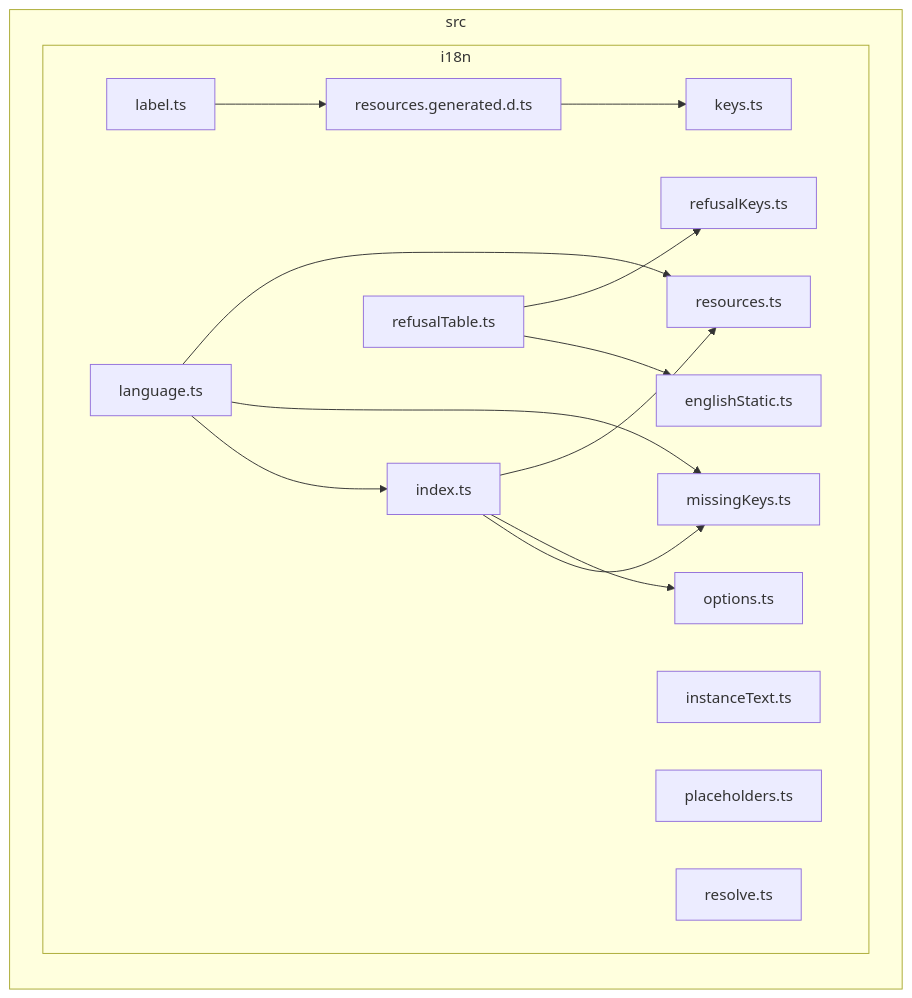
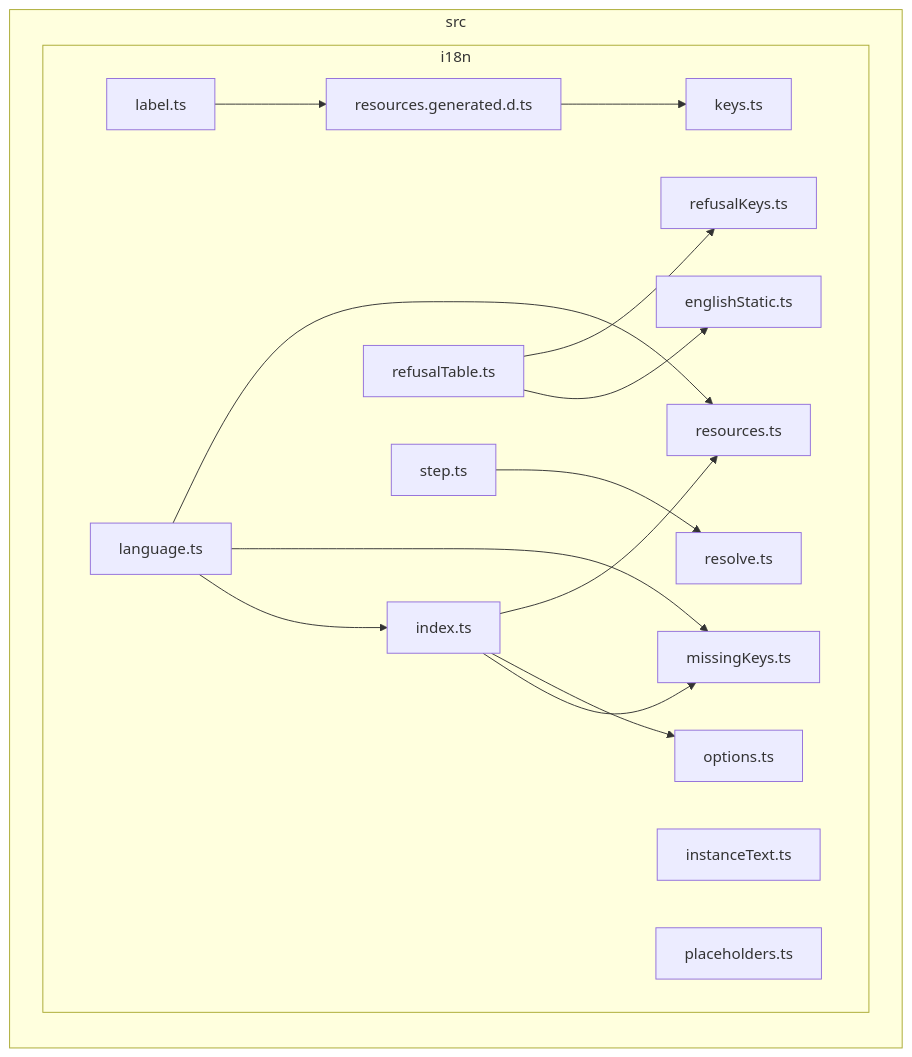
The diagram in docs/architecture/generated/front-modules/i18n.md (GonzaloZevallos/apostrophe), drawn with Mermaid before and after one commit.

Commit message:
Regenerate the front-modules doc for step.ts

````diff
--- a/docs/architecture/generated/front-modules/i18n.md
+++ b/docs/architecture/generated/front-modules/i18n.md
@@ -7,31 +7,33 @@
 ```mermaid
 flowchart LR
 subgraph src["src"]
   subgraph src_i18n["i18n"]
     src_i18n_englishStatic_ts["englishStatic.ts"]
     src_i18n_index_ts["index.ts"]
     src_i18n_instanceText_ts["instanceText.ts"]
     src_i18n_keys_ts["keys.ts"]
     src_i18n_label_ts["label.ts"]
     src_i18n_language_ts["language.ts"]
     src_i18n_missingKeys_ts["missingKeys.ts"]
     src_i18n_options_ts["options.ts"]
     src_i18n_placeholders_ts["placeholders.ts"]
     src_i18n_refusalKeys_ts["refusalKeys.ts"]
     src_i18n_refusalTable_ts["refusalTable.ts"]
     src_i18n_resolve_ts["resolve.ts"]
     src_i18n_resources_generated_d_ts["resources.generated.d.ts"]
     src_i18n_resources_ts["resources.ts"]
+    src_i18n_step_ts["step.ts"]
   end
 end
 src_i18n_index_ts-->src_i18n_missingKeys_ts
 src_i18n_index_ts-->src_i18n_options_ts
 src_i18n_index_ts-->src_i18n_resources_ts
 src_i18n_label_ts-->src_i18n_resources_generated_d_ts
 src_i18n_language_ts-->src_i18n_index_ts
 src_i18n_language_ts-->src_i18n_missingKeys_ts
 src_i18n_language_ts-->src_i18n_resources_ts
 src_i18n_refusalTable_ts-->src_i18n_englishStatic_ts
 src_i18n_refusalTable_ts-->src_i18n_refusalKeys_ts
 src_i18n_resources_generated_d_ts-->src_i18n_keys_ts
+src_i18n_step_ts-->src_i18n_resolve_ts
 ```
````
